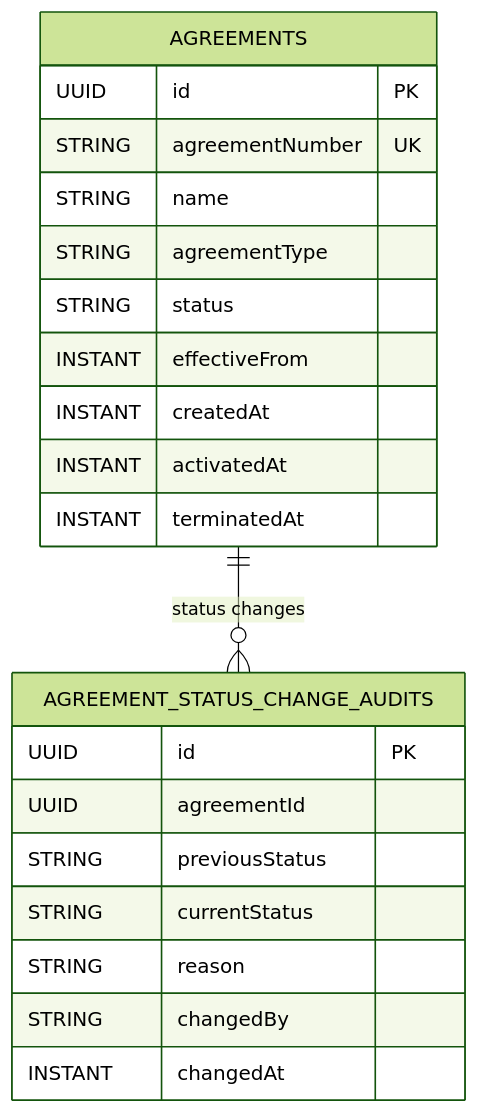
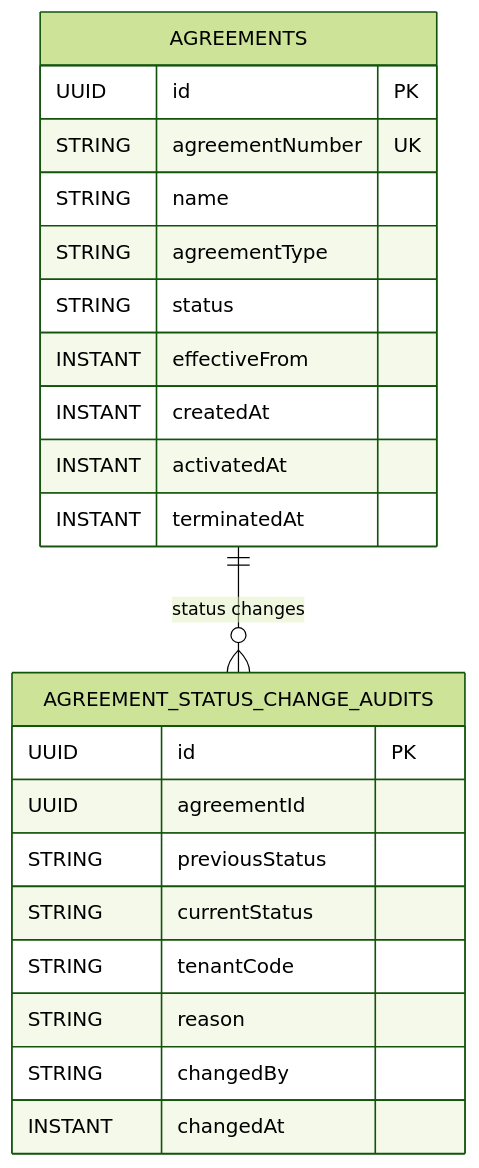
The diagram in docs/agreements-data-model.md (ArcanaERP/platform), drawn with Mermaid (forest theme) before and after one commit. The commit also changed other lines of this file and 12 other files, not shown here.

````diff
--- a/docs/agreements-data-model.md
+++ b/docs/agreements-data-model.md
@@ -7,24 +7,25 @@
 ```mermaid
 erDiagram
     AGREEMENTS {
       UUID id PK
       STRING agreementNumber UK
       STRING name
       STRING agreementType
       STRING status
       INSTANT effectiveFrom
       INSTANT createdAt
       INSTANT activatedAt
       INSTANT terminatedAt
     }
     AGREEMENT_STATUS_CHANGE_AUDITS {
       UUID id PK
       UUID agreementId
       STRING previousStatus
       STRING currentStatus
+      STRING tenantCode
       STRING reason
       STRING changedBy
       INSTANT changedAt
     }
     AGREEMENTS ||--o{ AGREEMENT_STATUS_CHANGE_AUDITS : "status changes"
 ```
````
